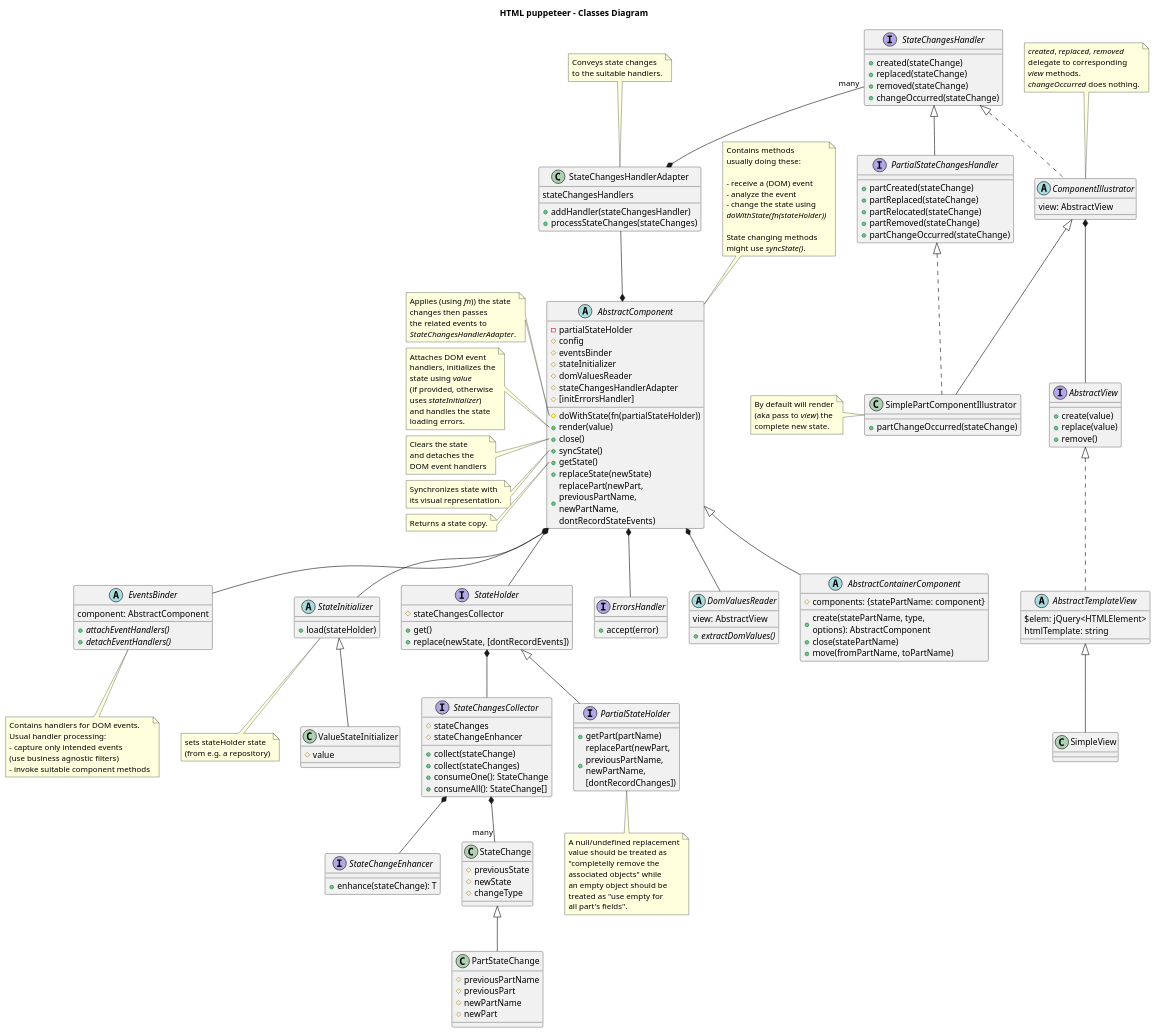
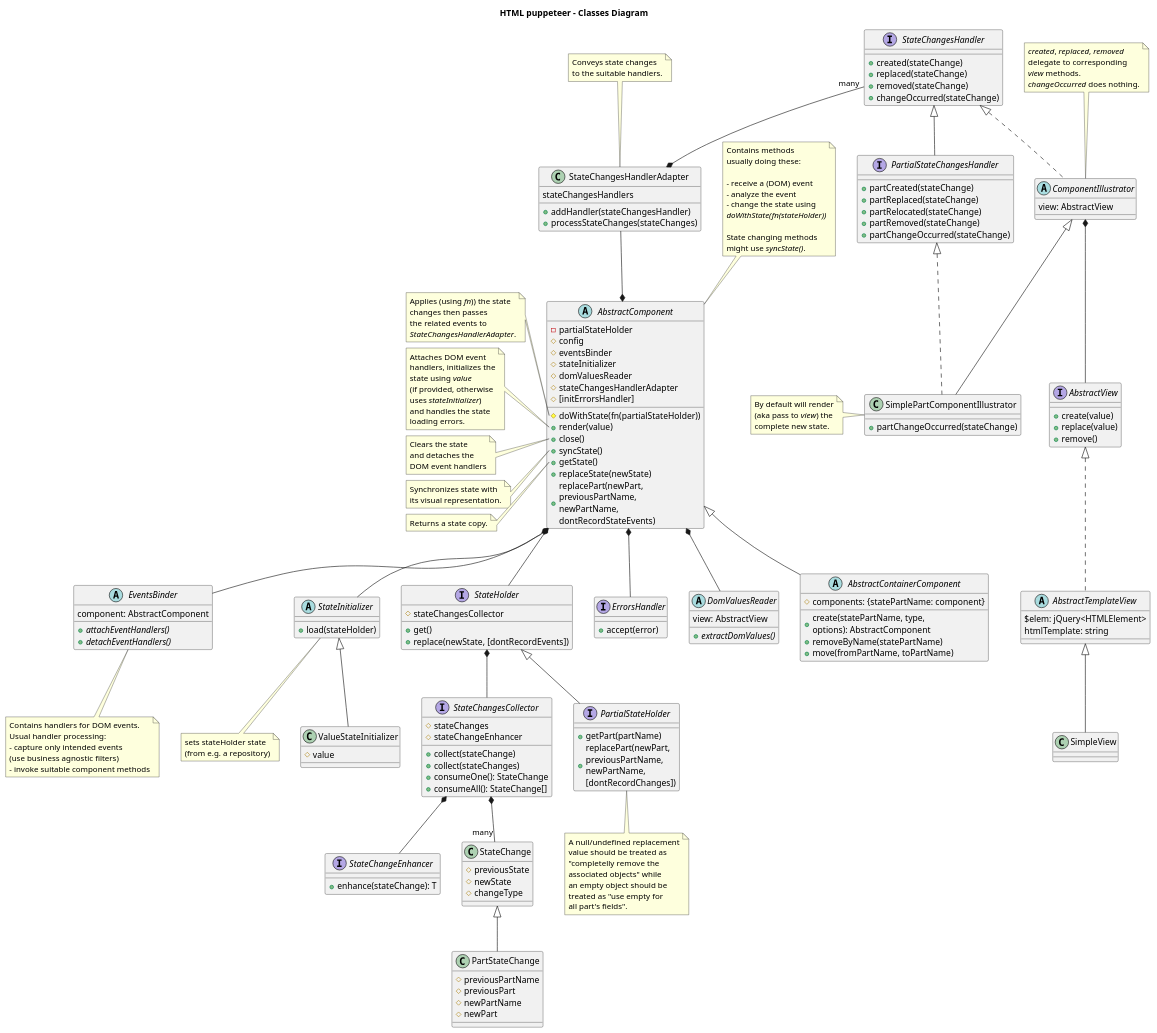
One commit to adrhc/html-puppeteer changed the diagram in design/classes-diagram.puml. Above: the diagram before and after it, drawn with PlantUML. The commit also changed 10 other files, not shown here.

```diff
--- a/design/classes-diagram.puml
+++ b/design/classes-diagram.puml
@@ -90,7 +90,7 @@
 abstract AbstractContainerComponent extends AbstractComponent {
   #components: {statePartName: component}
   +create(statePartName, type, \noptions): AbstractComponent
-  +close(statePartName)
+  +removeByName(statePartName)
   +move(fromPartName, toPartName)
 }
 
```
